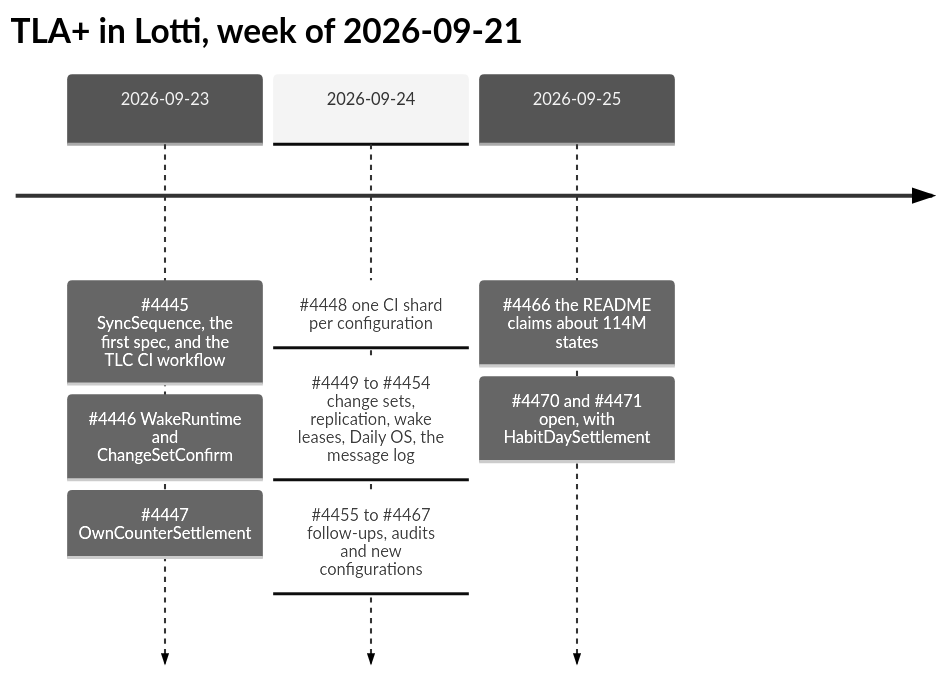
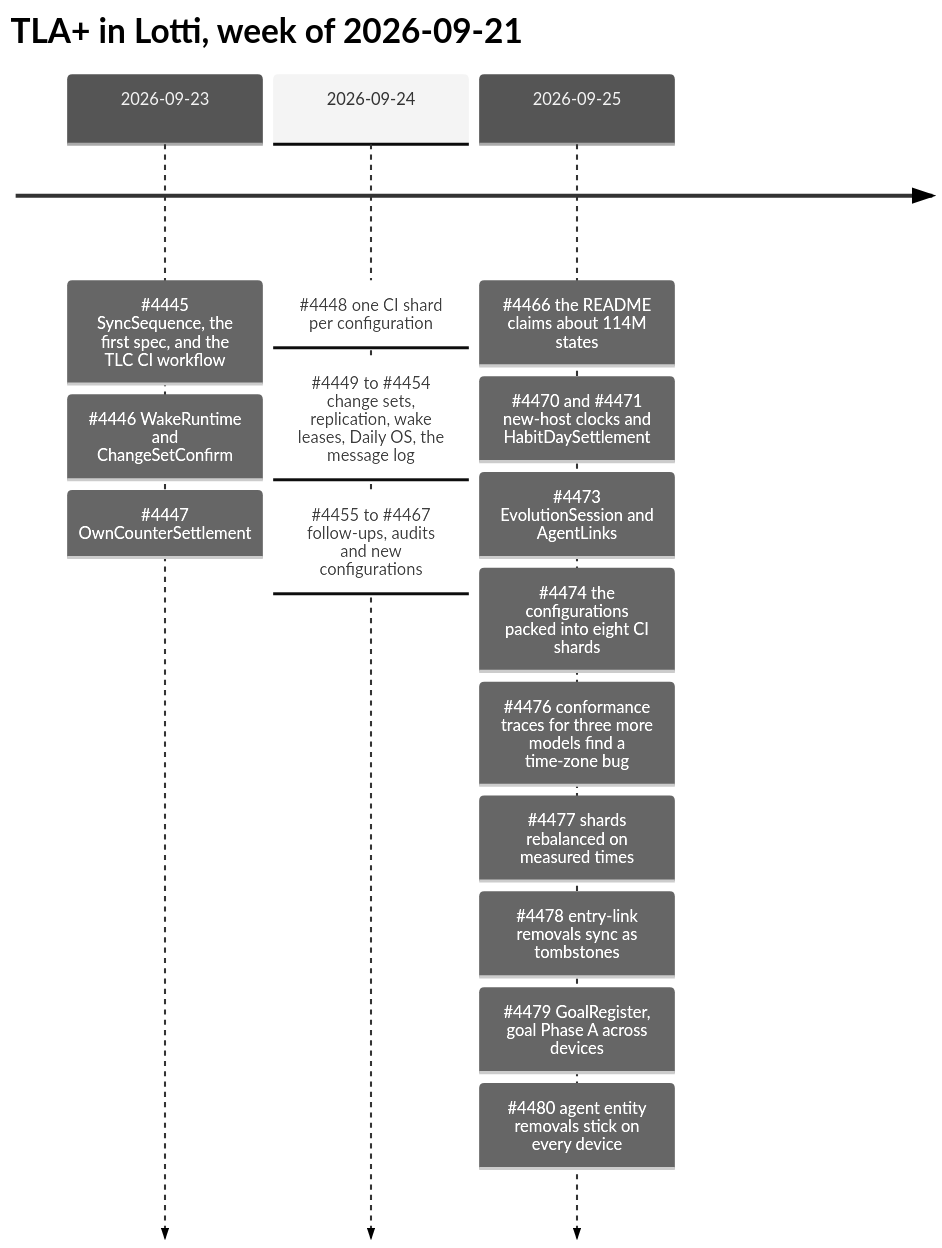
Before and after one commit to matthiasn/lotti: the diagram in specs/tla/LEDGER.md, drawn with Mermaid (neutral theme). The commit also changed other lines of this file, not shown here.

````diff
--- a/specs/tla/LEDGER.md
+++ b/specs/tla/LEDGER.md
@@ -48,12 +56,19 @@
 ```mermaid
 timeline
     title TLA+ in Lotti, week of 2026-09-21
     2026-09-23 : #4445 SyncSequence, the first spec, and the TLC CI workflow
                : #4446 WakeRuntime and ChangeSetConfirm
                : #4447 OwnCounterSettlement
     2026-09-24 : #4448 one CI shard per configuration
                : #4449 to #4454 change sets, replication, wake leases, Daily OS, the message log
                : #4455 to #4467 follow-ups, audits and new configurations
     2026-09-25 : #4466 the README claims about 114M states
-               : #4470 and #4471 open, with HabitDaySettlement
+               : #4470 and #4471 new-host clocks and HabitDaySettlement
+               : #4473 EvolutionSession and AgentLinks
+               : #4474 the configurations packed into eight CI shards
+               : #4476 conformance traces for three more models find a time-zone bug
+               : #4477 shards rebalanced on measured times
+               : #4478 entry-link removals sync as tombstones
+               : #4479 GoalRegister, goal Phase A across devices
+               : #4480 agent entity removals stick on every device
 ```
````
